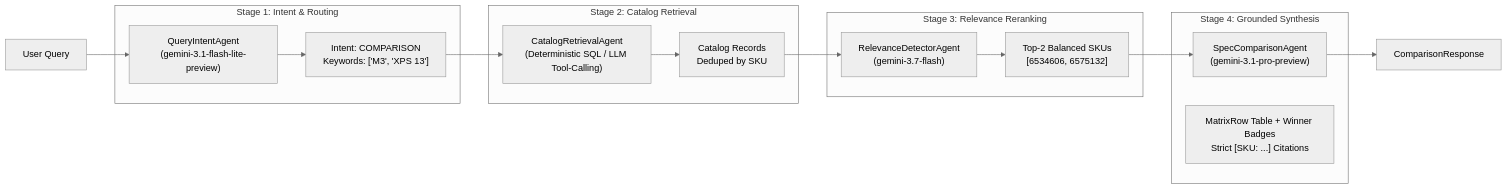
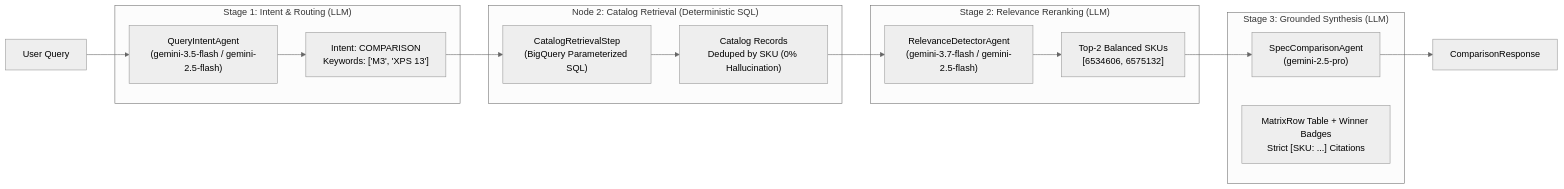
Before and after one commit to willie3838/williamc-ecomm-capstone: the ninth of 13 diagrams in ARCHITECTURE.md, drawn with Mermaid (neutral theme). The commit also changed other lines of this file and 22 other files, not shown here.

````diff
--- a/ARCHITECTURE.md
+++ b/ARCHITECTURE.md
@@ -765,31 +765,31 @@
 ```mermaid
 flowchart LR
-    subgraph S1["Stage 1: Intent & Routing"]
-        A1["QueryIntentAgent<br/>(gemini-3.1-flash-lite-preview)"]
+    subgraph S1["Stage 1: Intent & Routing (LLM)"]
+        A1["QueryIntentAgent<br/>(gemini-3.5-flash / gemini-2.5-flash)"]
         M1["Intent: COMPARISON<br/>Keywords: ['M3', 'XPS 13']"]
     end
 
-    subgraph S2["Stage 2: Catalog Retrieval"]
-        A2["CatalogRetrievalAgent<br/>(Deterministic SQL / LLM Tool-Calling)"]
-        M2["Catalog Records<br/>Deduped by SKU"]
+    subgraph S2["Node 2: Catalog Retrieval (Deterministic SQL)"]
+        A2["CatalogRetrievalStep<br/>(BigQuery Parameterized SQL)"]
+        M2["Catalog Records<br/>Deduped by SKU (0% Hallucination)"]
     end
 
-    subgraph S3["Stage 3: Relevance Reranking"]
-        A3["RelevanceDetectorAgent<br/>(gemini-3.7-flash)"]
+    subgraph S3["Stage 2: Relevance Reranking (LLM)"]
+        A3["RelevanceDetectorAgent<br/>(gemini-3.7-flash / gemini-2.5-flash)"]
         M3["Top-2 Balanced SKUs<br/>[6534606, 6575132]"]
     end
 
-    subgraph S4["Stage 4: Grounded Synthesis"]
-        A4["SpecComparisonAgent<br/>(gemini-3.1-pro-preview)"]
+    subgraph S4["Stage 3: Grounded Synthesis (LLM)"]
+        A4["SpecComparisonAgent<br/>(gemini-2.5-pro)"]
         M4["MatrixRow Table + Winner Badges<br/>Strict [SKU: ...] Citations"]
     end
 
     Q["User Query"] --> A1
     A1 --> M1
     M1 --> A2
     A2 --> M2
     M2 --> A3
     A3 --> M3
     M3 --> A4
     A4 --> RESP["ComparisonResponse"]
 ```
````
